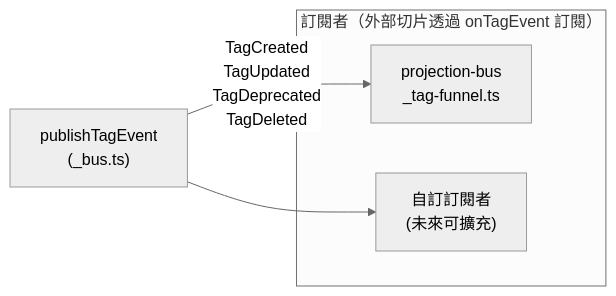
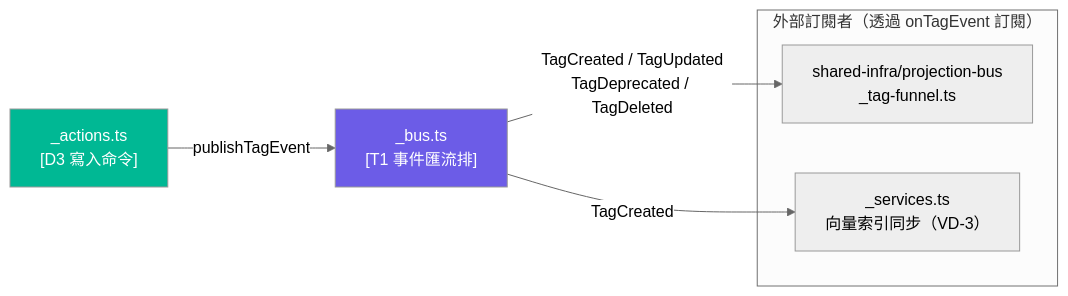
Before and after one commit to 7Spade/Xuanwu: the sixth of 6 diagrams in docs/architecture/03-Slices/VS8-SemanticBrain/architecture-diagrams.md, drawn with Mermaid (neutral theme). The commit also changed other lines of this file and 7 other files, not shown here.

Commit message:
docs(VS8): reframe as Semantic Intelligent Matching Architecture (SIMA) with three-pillar design

````diff
--- a/docs/architecture/03-Slices/VS8-SemanticBrain/architecture-diagrams.md
+++ b/docs/architecture/03-Slices/VS8-SemanticBrain/architecture-diagrams.md
@@ -118,12 +175,17 @@
 ```mermaid
 flowchart LR
-  PUB["publishTagEvent\n(_bus.ts)"]
+  ACT["_actions.ts\n[D3 寫入命令]"]
+  BUS["_bus.ts\n[T1 事件匯流排]"]
 
-  subgraph "訂閱者（外部切片透過 onTagEvent 訂閱）"
-    PBUS["projection-bus\n_tag-funnel.ts"]
-    CUSTOM["自訂訂閱者\n(未來可擴充)"]
+  subgraph "外部訂閱者（透過 onTagEvent 訂閱）"
+    PBUS["shared-infra/projection-bus\n_tag-funnel.ts"]
+    IDX_SUB["_services.ts\n向量索引同步（VD-3）"]
   end
 
-  PUB -->|"TagCreated\nTagUpdated\nTagDeprecated\nTagDeleted"| PBUS
-  PUB --> CUSTOM
+  ACT -->|"publishTagEvent"| BUS
+  BUS -->|"TagCreated / TagUpdated\nTagDeprecated / TagDeleted"| PBUS
+  BUS -->|"TagCreated"| IDX_SUB
+
+  style BUS fill:#6c5ce7,color:#fff
+  style ACT fill:#00b894,color:#fff
 ```
````
